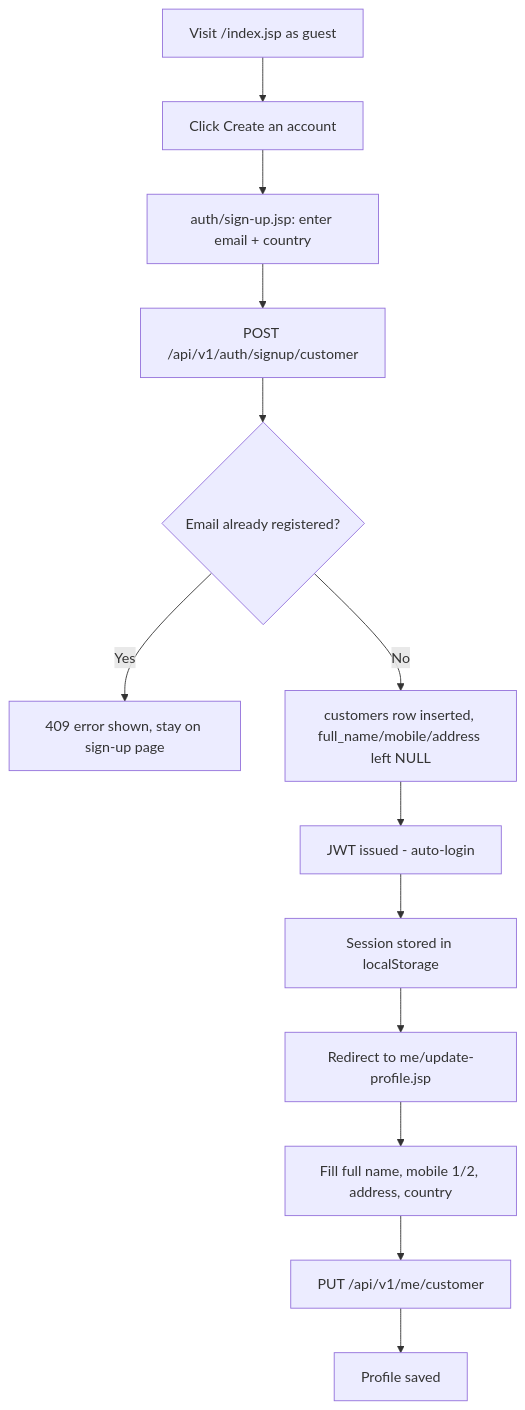
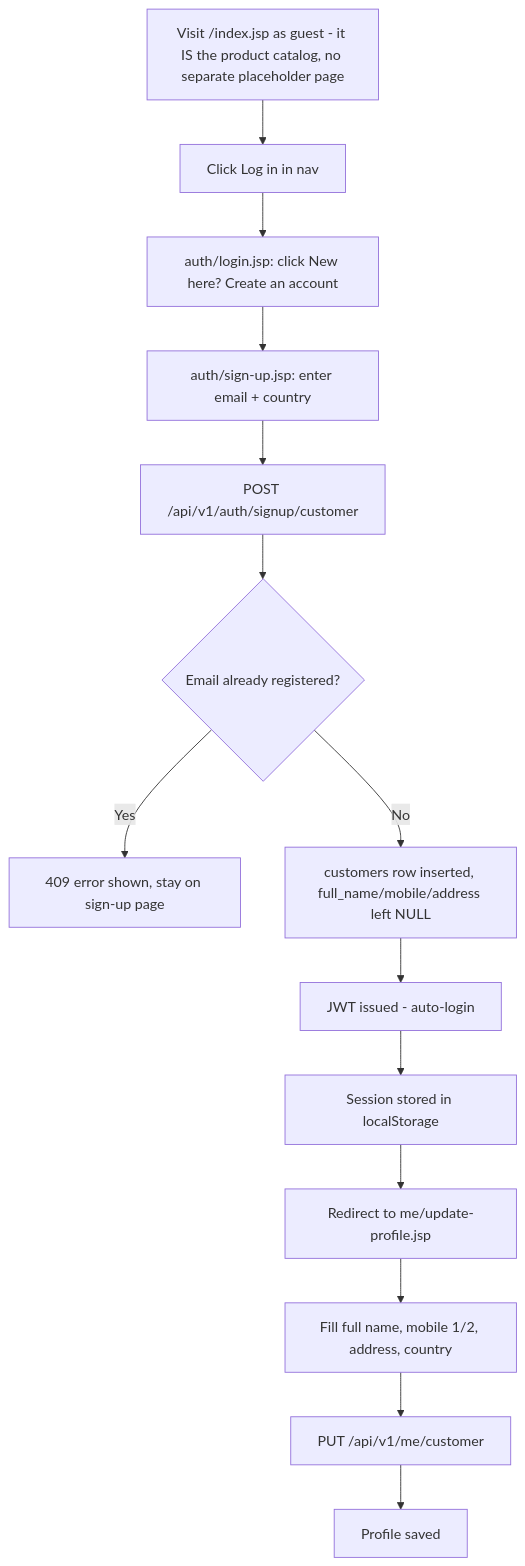
The first of 24 diagrams in .no-build/docs/E2E_FLOWS.md (wishva-kalhara/GlobalTradeLogistics), drawn with Mermaid before and after one commit. The commit also changed other lines of this file and 5 other files, not shown here.

Commit message:
Add End-to-End Flow Diagrams and Test Plan Documentation

````diff
--- a/.no-build/docs/E2E_FLOWS.md
+++ b/.no-build/docs/E2E_FLOWS.md
@@ -11,15 +11,16 @@
 ```mermaid
 flowchart TD
-    A[Visit /index.jsp as guest] --> B[Click Create an account]
-    B --> C[auth/sign-up.jsp: enter email + country]
-    C --> D[POST /api/v1/auth/signup/customer]
-    D --> E{Email already registered?}
-    E -- Yes --> F[409 error shown, stay on sign-up page]
-    E -- No --> G[customers row inserted, full_name/mobile/address left NULL]
-    G --> H[JWT issued - auto-login]
-    H --> I[Session stored in localStorage]
-    I --> J[Redirect to me/update-profile.jsp]
-    J --> K[Fill full name, mobile 1/2, address, country]
-    K --> L[PUT /api/v1/me/customer]
-    L --> M[Profile saved]
+    A["Visit /index.jsp as guest - it IS the product catalog, no separate placeholder page"] --> B[Click Log in in nav]
+    B --> C["auth/login.jsp: click New here? Create an account"]
+    C --> D[auth/sign-up.jsp: enter email + country]
+    D --> E[POST /api/v1/auth/signup/customer]
+    E --> F{Email already registered?}
+    F -- Yes --> G[409 error shown, stay on sign-up page]
+    F -- No --> H[customers row inserted, full_name/mobile/address left NULL]
+    H --> I[JWT issued - auto-login]
+    I --> J[Session stored in localStorage]
+    J --> K[Redirect to me/update-profile.jsp]
+    K --> L[Fill full name, mobile 1/2, address, country]
+    L --> M[PUT /api/v1/me/customer]
+    M --> N[Profile saved]
 ```
````
